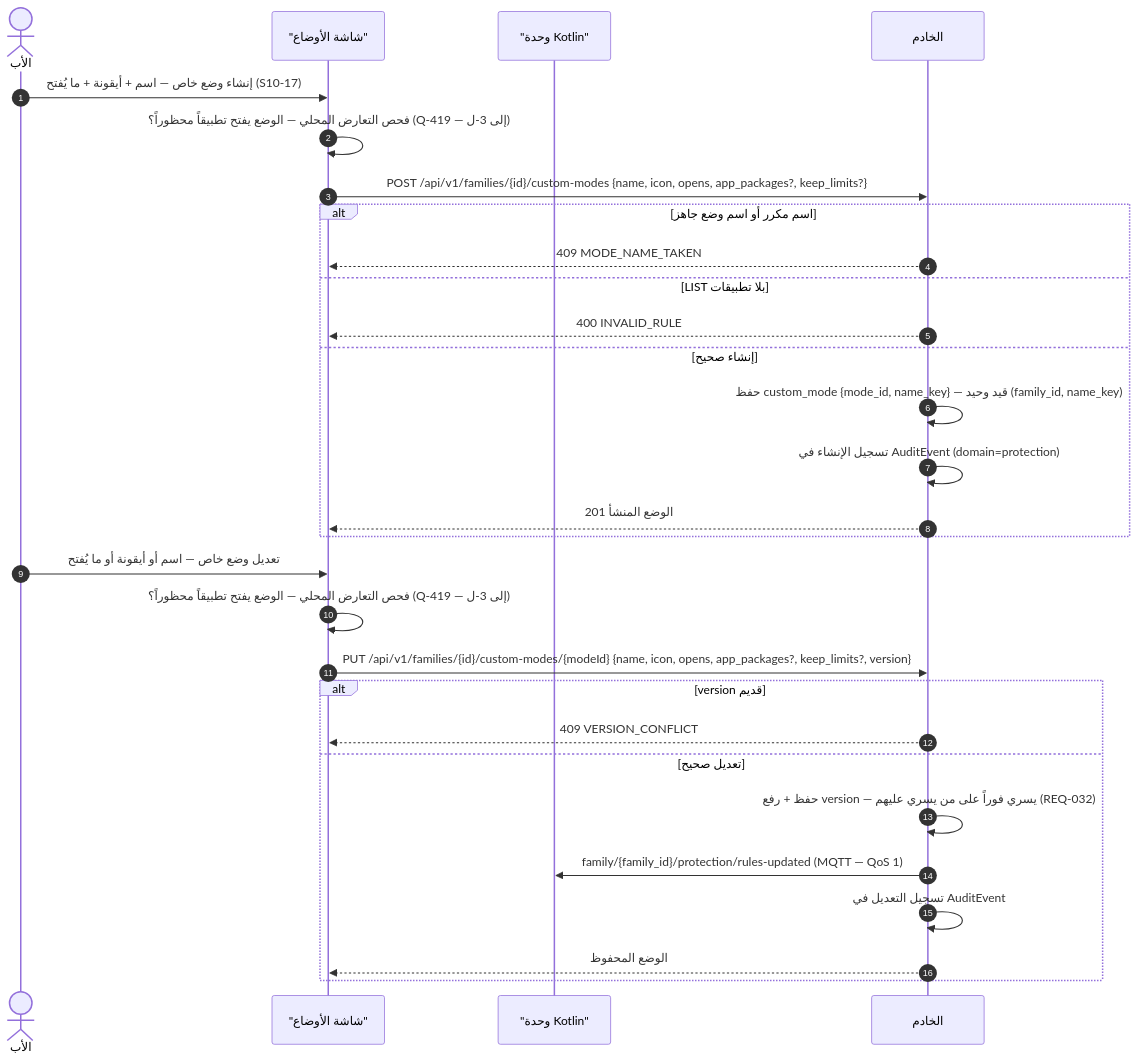
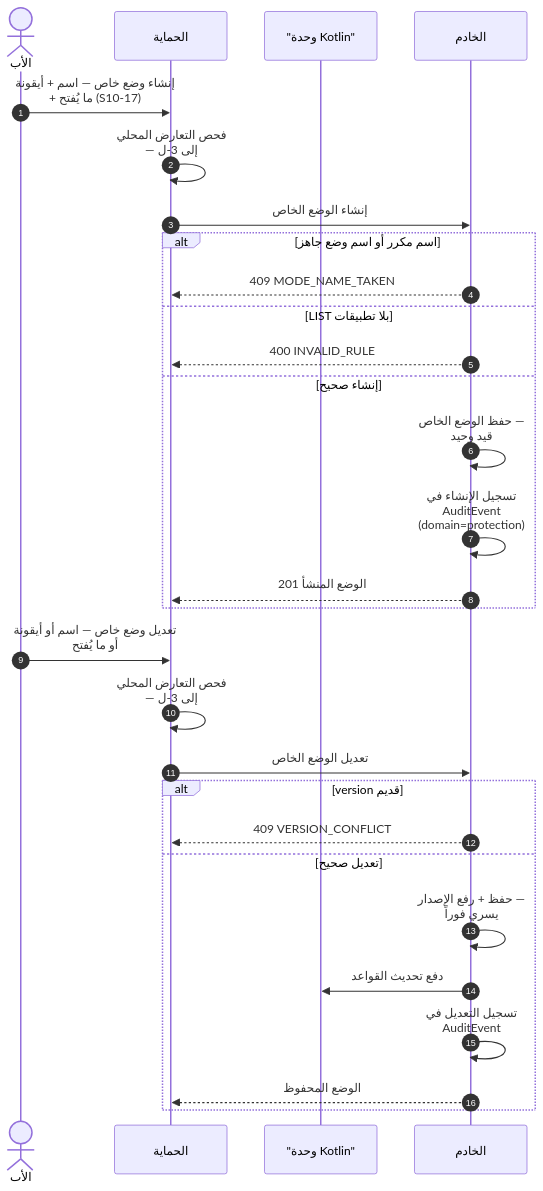
One commit to Bassam-mohammed-alqaeadi/family-os-v2 changed diagram 16 of 45 in docs/family-os/governance/phases/phase-1/S1-10-protection-and-enforcement/DIAGRAMS.md. Above: the diagram before and after it, drawn with Mermaid. The commit also changed other lines of this file, not shown here.

````diff
--- a/docs/family-os/governance/phases/phase-1/S1-10-protection-and-enforcement/DIAGRAMS.md
+++ b/docs/family-os/governance/phases/phase-1/S1-10-protection-and-enforcement/DIAGRAMS.md
@@ -720,31 +798,32 @@
 ```mermaid
+%%{init: {"sequence": {"wrap": true}}}%%
 sequenceDiagram
     autonumber
     actor Father as الأب
-    participant S110 as "شاشة الأوضاع"
+    participant S110 as الحماية
     participant K as "وحدة Kotlin"
     participant Ktor as الخادم
     Father->>S110: إنشاء وضع خاص — اسم + أيقونة + ما يُفتح (S10-17)
-    S110->>S110: فحص التعارض المحلي — الوضع يفتح تطبيقاً محظوراً؟ (Q-419 — إلى 3-ل)
-    S110->>Ktor: POST /api/v1/families/{id}/custom-modes {name, icon, opens, app_packages?, keep_limits?}
+    S110->>S110: فحص التعارض المحلي — إلى 3-ل
+    S110->>Ktor: إنشاء الوضع الخاص
     alt اسم مكرر أو اسم وضع جاهز
         Ktor-->>S110: 409 MODE_NAME_TAKEN
     else LIST بلا تطبيقات
         Ktor-->>S110: 400 INVALID_RULE
     else إنشاء صحيح
-        Ktor->>Ktor: حفظ custom_mode {mode_id, name_key} — قيد وحيد (family_id, name_key)
+        Ktor->>Ktor: حفظ الوضع الخاص — قيد وحيد
         Ktor->>Ktor: تسجيل الإنشاء في AuditEvent (domain=protection)
         Ktor-->>S110: 201 الوضع المنشأ
     end
     Father->>S110: تعديل وضع خاص — اسم أو أيقونة أو ما يُفتح
-    S110->>S110: فحص التعارض المحلي — الوضع يفتح تطبيقاً محظوراً؟ (Q-419 — إلى 3-ل)
-    S110->>Ktor: PUT /api/v1/families/{id}/custom-modes/{modeId} {name, icon, opens, app_packages?, keep_limits?, version}
+    S110->>S110: فحص التعارض المحلي — إلى 3-ل
+    S110->>Ktor: تعديل الوضع الخاص
     alt version قديم
         Ktor-->>S110: 409 VERSION_CONFLICT
     else تعديل صحيح
-        Ktor->>Ktor: حفظ + رفع version — يسري فوراً على من يسري عليهم (REQ-032)
-        Ktor->>K: family/{family_id}/protection/rules-updated (MQTT — QoS 1)
+        Ktor->>Ktor: حفظ + رفع الإصدار — يسري فوراً
+        Ktor->>K: دفع تحديث القواعد
         Ktor->>Ktor: تسجيل التعديل في AuditEvent
         Ktor-->>S110: الوضع المحفوظ
     end
 ```
````
